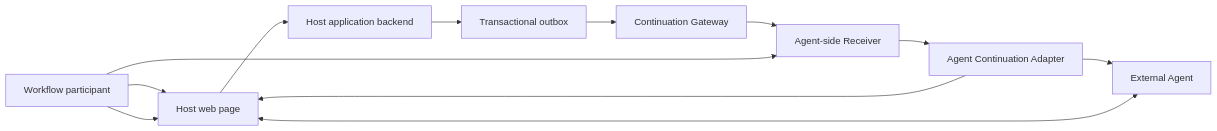
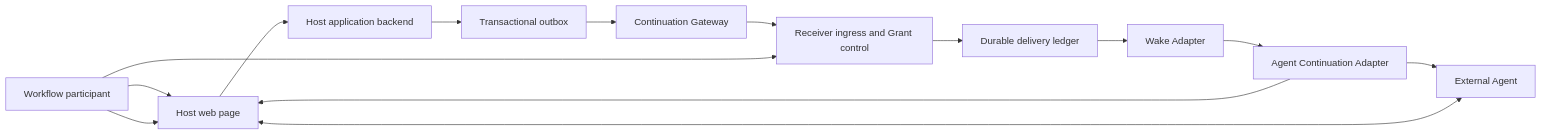
One commit to Alex0158/OpenAI-Web-MCP-Challenge changed the diagram in Docs/Core/03-system-design.md. Above: the diagram before and after it, drawn with Mermaid. The commit also changed other lines of this file and 32 other files, not shown here.

Commit message:
docs: reconcile re-entry architecture and adapter evidence

```diff
--- a/Docs/Core/03-system-design.md
+++ b/Docs/Core/03-system-design.md
@@ -44,14 +45,16 @@
 ~~~mermaid
 flowchart LR
     U["Workflow participant"] --> P["Host web page"]
     A["External Agent"] <--> P
     P --> B["Host application backend"]
     B --> O["Transactional outbox"]
     O --> G["Continuation Gateway"]
-    G --> R["Agent-side Receiver"]
-    R --> C["Agent Continuation Adapter"]
+    G --> R["Receiver ingress and Grant control"]
+    R --> D["Durable delivery ledger"]
+    D --> W["Wake Adapter"]
+    W --> C["Agent Continuation Adapter"]
     C --> A
     C --> P
     U --> R
     U --> P
 ~~~
```
